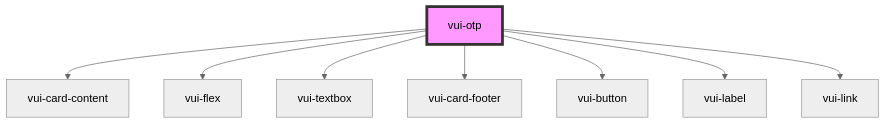
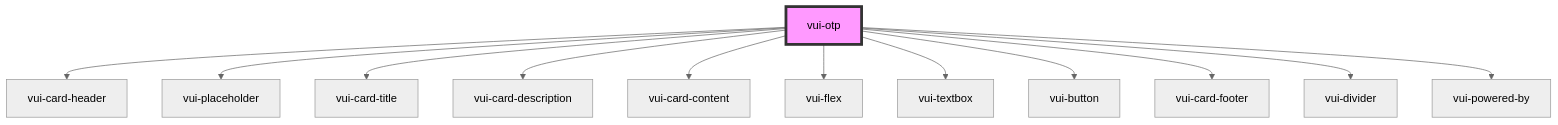
One commit to verite-team/verite-elements changed the diagram in packages/stencil-library/src/components/otp/readme.md. Above: the diagram before and after it, drawn with Mermaid (neutral theme). The commit also changed other lines of this file and 25 other files, not shown here.

````diff
--- a/packages/stencil-library/src/components/otp/readme.md
+++ b/packages/stencil-library/src/components/otp/readme.md
@@ -33,11 +47,15 @@
 ```mermaid
 graph TD;
+  vui-otp --> vui-card-header
+  vui-otp --> vui-placeholder
+  vui-otp --> vui-card-title
+  vui-otp --> vui-card-description
   vui-otp --> vui-card-content
   vui-otp --> vui-flex
   vui-otp --> vui-textbox
+  vui-otp --> vui-button
   vui-otp --> vui-card-footer
-  vui-otp --> vui-button
-  vui-otp --> vui-label
-  vui-otp --> vui-link
+  vui-otp --> vui-divider
+  vui-otp --> vui-powered-by
   style vui-otp fill:#f9f,stroke:#333,stroke-width:4px
 ```
````
